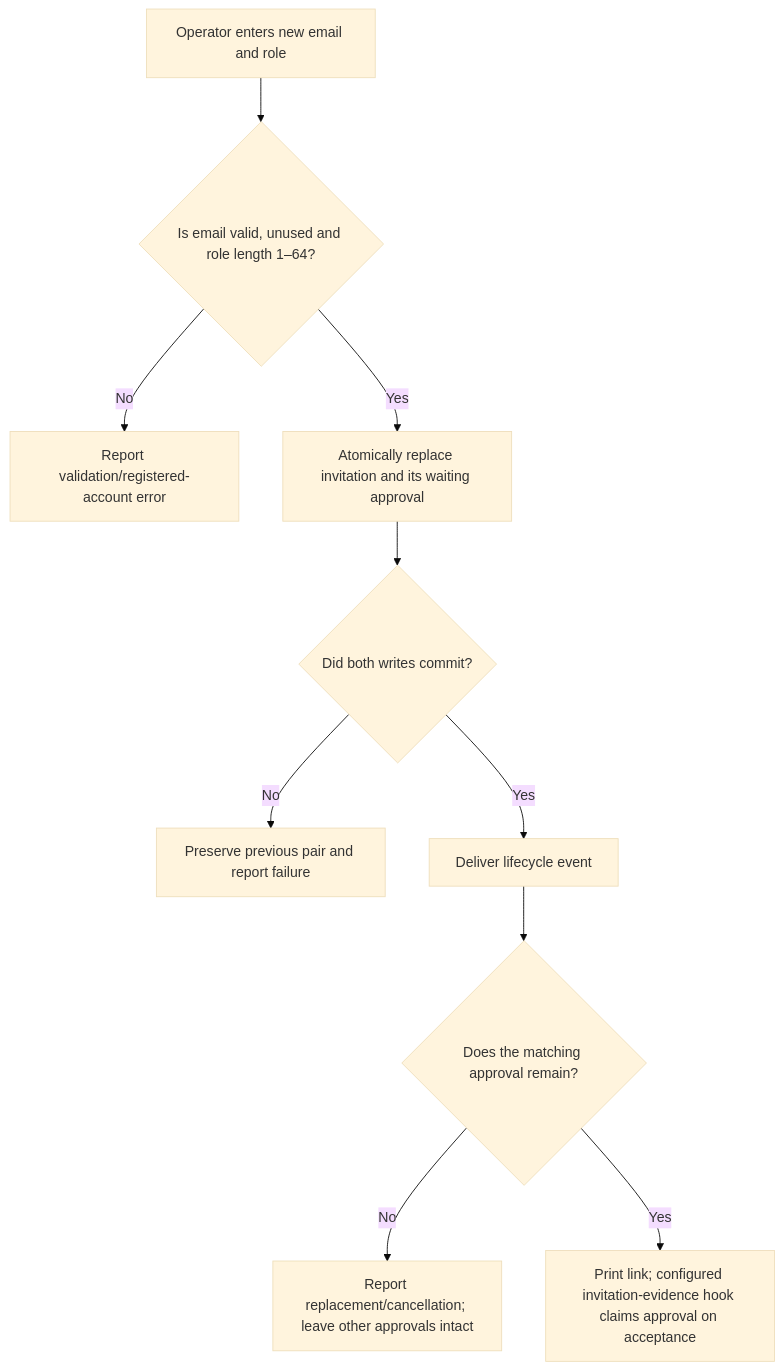
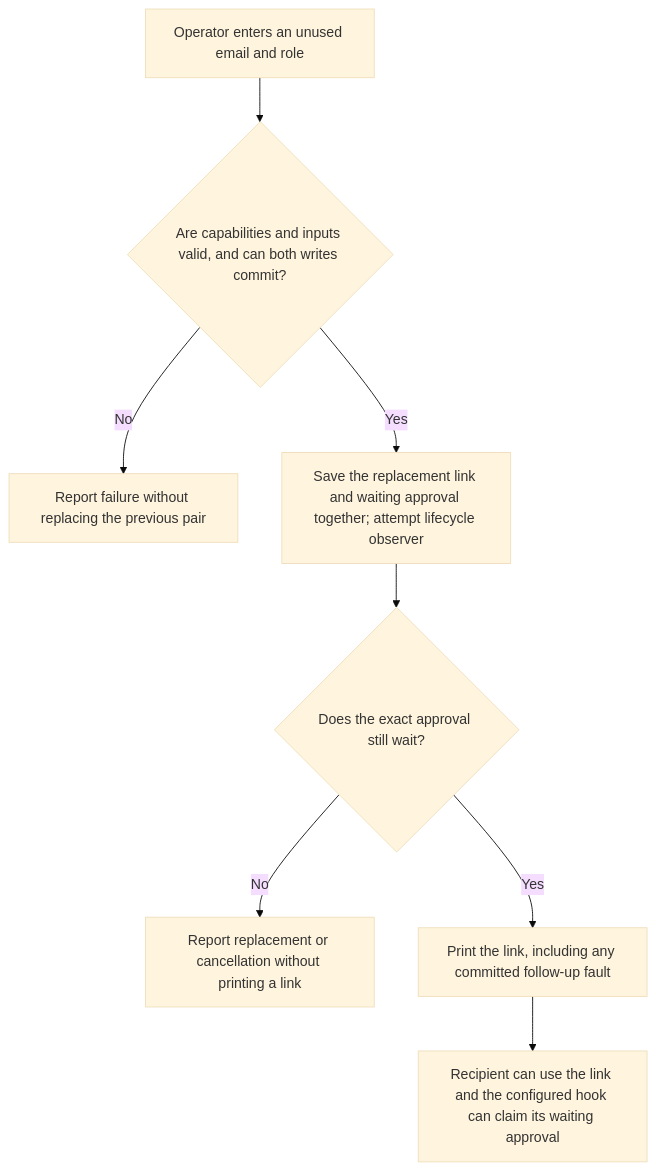
One commit to Kevinjohn/oss-adonisjs-account-kit changed the first of 2 diagrams in user-stories/US-ACCOUNT-46-bootstrap-first-administrator.md. Above: the diagram before and after it, drawn with Mermaid (base theme). The commit also changed other lines of this file and 70 other files, not shown here.

````diff
--- a/user-stories/US-ACCOUNT-46-bootstrap-first-administrator.md
+++ b/user-stories/US-ACCOUNT-46-bootstrap-first-administrator.md
@@ -19,12 +20,10 @@
 ```mermaid
 flowchart TD
- A["Operator enters new email and role"] --> B{"Is email valid, unused and role length 1–64?"}
- B -->|No| C["Report validation/registered-account error"]
- B -->|Yes| D["Atomically replace invitation and its waiting approval"]
- D --> E{"Did both writes commit?"}
- E -->|No| F["Preserve previous pair and report failure"]
- E -->|Yes| G["Deliver lifecycle event"]
- G --> H{"Does the matching approval remain?"}
- H -->|No| I["Report replacement/cancellation; leave other approvals intact"]
- H -->|Yes| J["Print link; configured invitation-evidence hook claims approval on acceptance"]
+ A["Operator enters an unused email and role"] --> B{"Are capabilities and inputs valid, and can both writes commit?"}
+ B -->|No| F["Report failure without replacing the previous pair"]
+ B -->|Yes| G["Save the replacement link and waiting approval together; attempt lifecycle observer"]
+ G --> H{"Does the exact approval still wait?"}
+ H -->|No| I["Report replacement or cancellation without printing a link"]
+ H -->|Yes| J["Print the link, including any committed follow-up fault"]
+ J --> K["Recipient can use the link and the configured hook can claim its waiting approval"]
 ```
````
